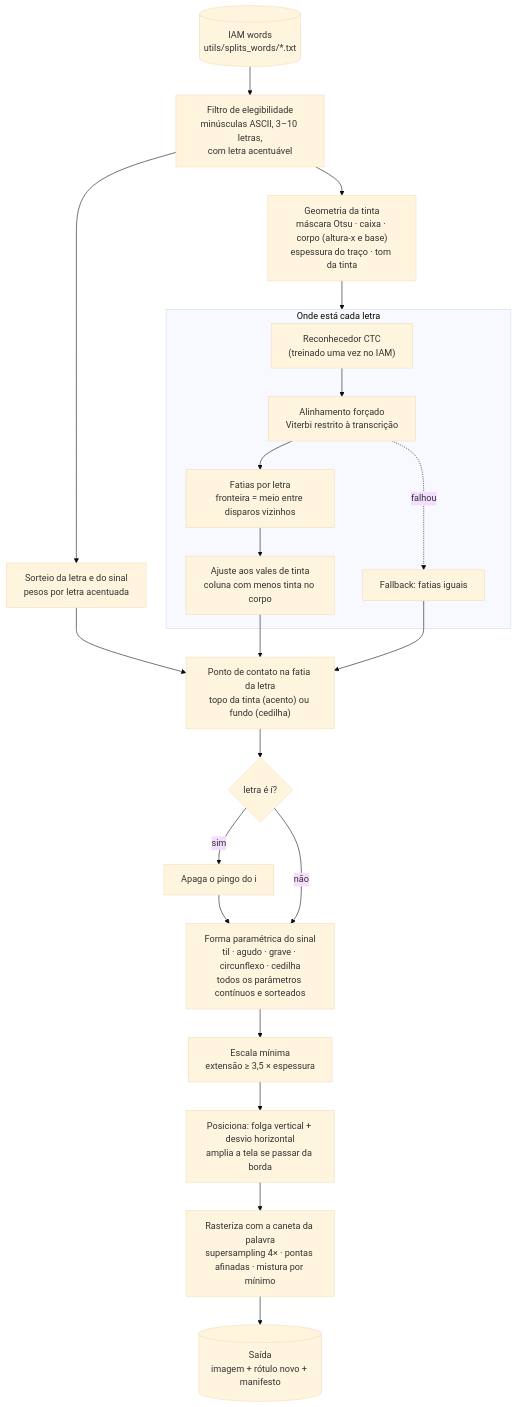
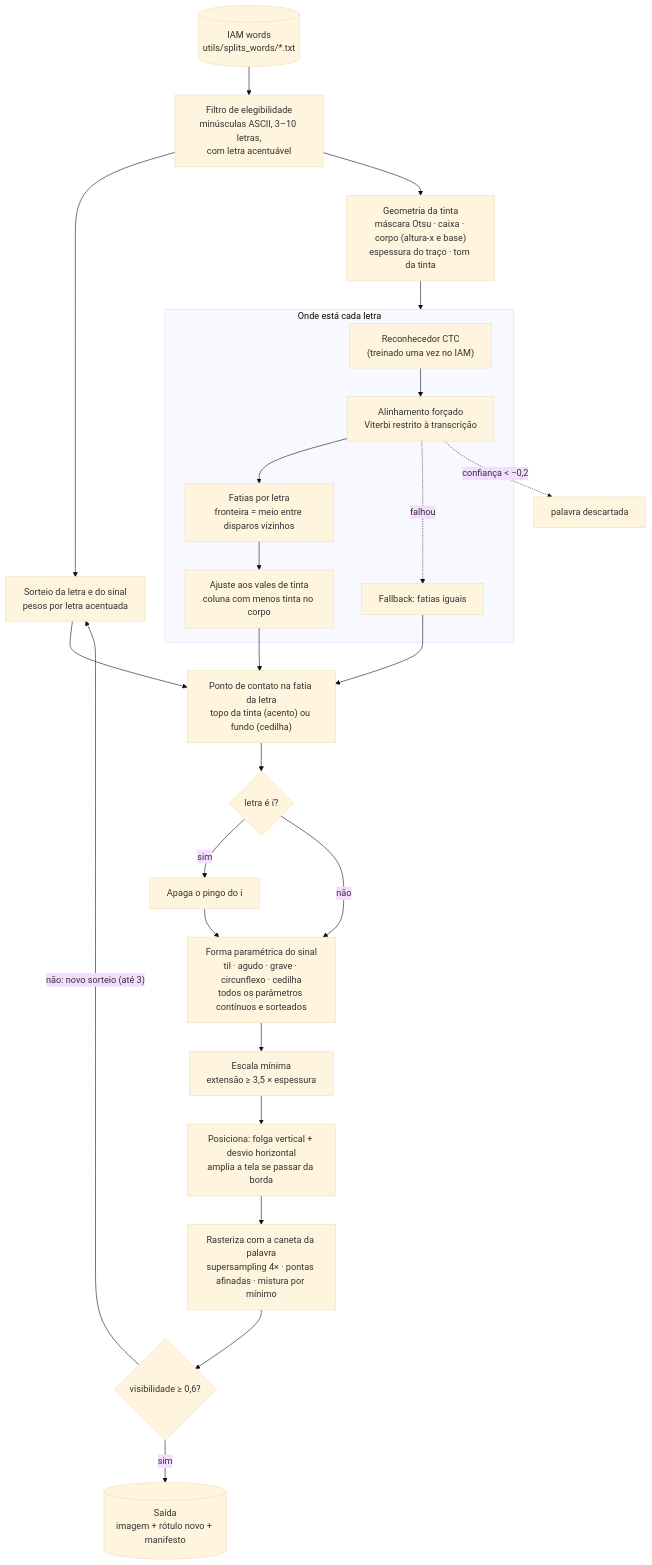
One commit to vitorNicoletti/HTG-Research-Pt-Br changed the diagram in docs/acentos_sinteticos.md. Above: the diagram before and after it, drawn with Mermaid (base theme). The commit also changed other lines of this file and 1 other file, not shown here.

````diff
--- a/docs/acentos_sinteticos.md
+++ b/docs/acentos_sinteticos.md
@@ -26,25 +26,28 @@
 ```mermaid
 flowchart TD
     A[("IAM words<br/>utils/splits_words/*.txt")] --> B["Filtro de elegibilidade<br/>minúsculas ASCII, 3–10 letras,<br/>com letra acentuável"]
     B --> C["Sorteio da letra e do sinal<br/>pesos por letra acentuada"]
     B --> D["Geometria da tinta<br/>máscara Otsu · caixa · corpo (altura-x e base)<br/>espessura do traço · tom da tinta"]
 
     subgraph LOC ["Onde está cada letra"]
         E["Reconhecedor CTC<br/>(treinado uma vez no IAM)"] --> F["Alinhamento forçado<br/>Viterbi restrito à transcrição"]
         F --> G["Fatias por letra<br/>fronteira = meio entre disparos vizinhos"]
         G --> H["Ajuste aos vales de tinta<br/>coluna com menos tinta no corpo"]
         F -. "falhou" .-> I["Fallback: fatias iguais"]
     end
 
     D --> LOC
     C --> J
     H --> J["Ponto de contato na fatia da letra<br/>topo da tinta (acento) ou fundo (cedilha)"]
     I --> J
     J --> K{"letra é í?"}
     K -- sim --> L["Apaga o pingo do i"] --> M
     K -- não --> M["Forma paramétrica do sinal<br/>til · agudo · grave · circunflexo · cedilha<br/>todos os parâmetros contínuos e sorteados"]
     M --> N["Escala mínima<br/>extensão ≥ 3,5 × espessura"]
     N --> O["Posiciona: folga vertical + desvio horizontal<br/>amplia a tela se passar da borda"]
     O --> P["Rasteriza com a caneta da palavra<br/>supersampling 4× · pontas afinadas · mistura por mínimo"]
-    P --> Q[("Saída<br/>imagem + rótulo novo + manifesto")]
+    P --> R{"visibilidade ≥ 0,6?"}
+    R -- sim --> Q[("Saída<br/>imagem + rótulo novo + manifesto")]
+    R -- "não: novo sorteio (até 3)" --> C
+    F -. "confiança < −0,2" .-> X["palavra descartada"]
 ```
````
